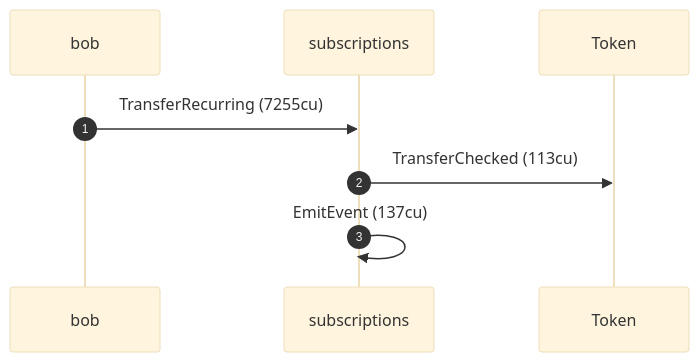
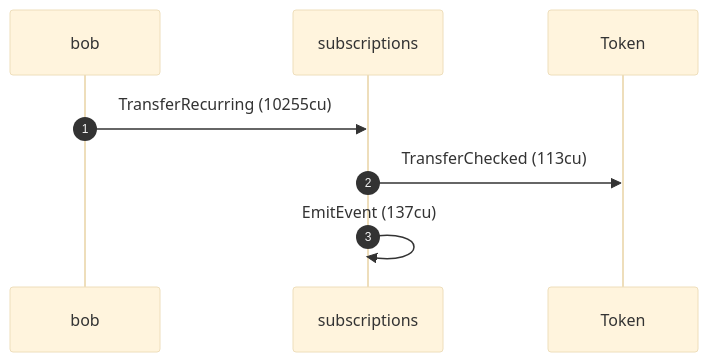
Diagram 13 of 16 in dsl_tests/skipped-periods-do-not-accumulate-allowance.md (cds-rs/subscriptions), drawn with Mermaid (base theme) before and after one commit. The commit also changed other lines of this file and 224 other files, not shown here.

````diff
--- a/dsl_tests/skipped-periods-do-not-accumulate-allowance.md
+++ b/dsl_tests/skipped-periods-do-not-accumulate-allowance.md
@@ -282,10 +297,10 @@
 ```mermaid
 sequenceDiagram
     autonumber
     participant bob
     participant subscriptions
     participant Token
-    bob ->> subscriptions: TransferRecurring (7255cu)
+    bob ->> subscriptions: TransferRecurring (10255cu)
     subscriptions ->> Token: TransferChecked (113cu)
     subscriptions ->> subscriptions: EmitEvent (137cu)
 ```
````
